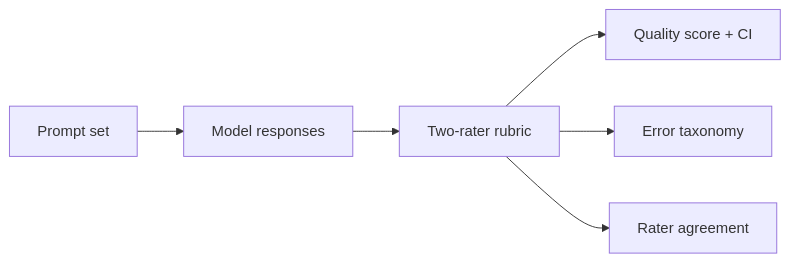
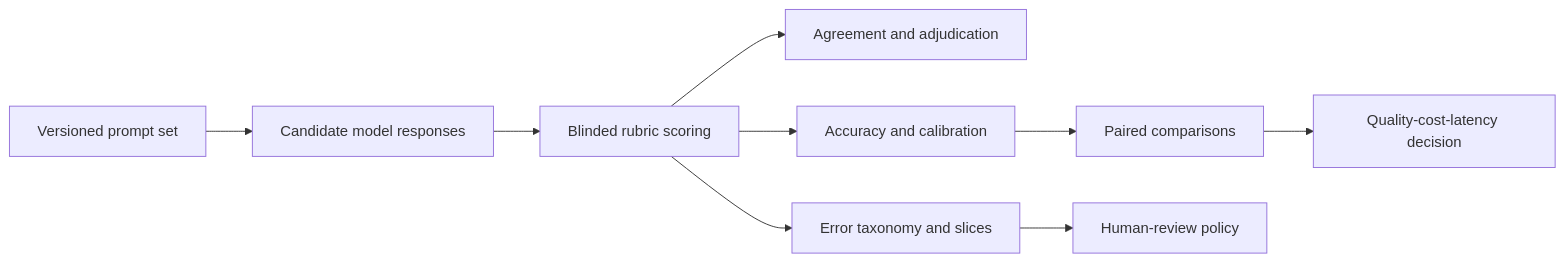
The diagram in README.md (sagarmandavkar-UX/llm-evaluation-lab), drawn with Mermaid before and after one commit. The commit also changed other lines of this file and 17 other files, not shown here.

````diff
--- a/README.md
+++ b/README.md
@@ -17,8 +34,11 @@
 ```mermaid
 flowchart LR
-  A[Prompt set] --> B[Model responses]
-  B --> C[Two-rater rubric]
-  C --> D[Quality score + CI]
-  C --> E[Error taxonomy]
-  C --> F[Rater agreement]
+    A[Versioned prompt set] --> B[Candidate model responses]
+    B --> C[Blinded rubric scoring]
+    C --> D[Agreement and adjudication]
+    C --> E[Accuracy and calibration]
+    C --> F[Error taxonomy and slices]
+    E --> G[Paired comparisons]
+    F --> H[Human-review policy]
+    G --> I[Quality-cost-latency decision]
 ```
````
